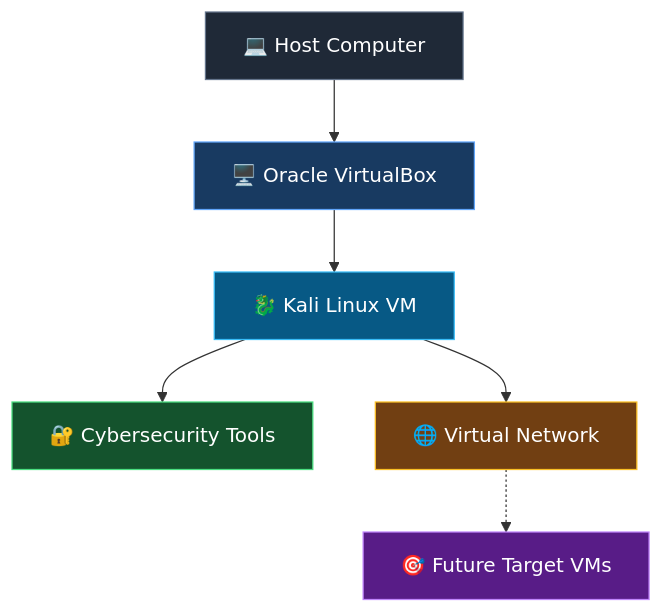
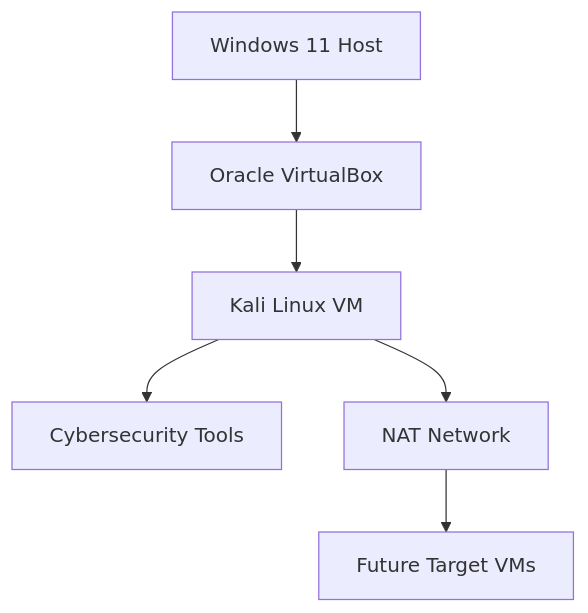
The diagram in README.md (infomuhammadtalha/NETWORKWALKS-B084I-WK1-CYBERSECURITY-LAB-SETUP), drawn with Mermaid before and after one commit. The commit also changed other lines of this file, not shown here.

````diff
--- a/README.md
+++ b/README.md
@@ -59,15 +59,8 @@
 ```mermaid
-flowchart TD
-    A["💻 Host Computer"] --> B["🖥️ Oracle VirtualBox"]
-    B --> C["🐉 Kali Linux VM"]
-    C --> D["🔐 Cybersecurity Tools"]
-    C --> E["🌐 Virtual Network"]
-    E -.-> F["🎯 Future Target VMs"]
-    
-    style A fill:#1f2937,color:#ffffff,stroke:#64748b
-    style B fill:#183a61,color:#ffffff,stroke:#60a5fa
-    style C fill:#075985,color:#ffffff,stroke:#38bdf8
-    style D fill:#14532d,color:#ffffff,stroke:#4ade80
-    style E fill:#713f12,color:#ffffff,stroke:#fbbf24
-    style F fill:#581c87,color:#ffffff,stroke:#c084fc
+graph TD
+    A[Windows 11 Host] --> B[Oracle VirtualBox]
+    B --> C[Kali Linux VM]
+    C --> D[Cybersecurity Tools]
+    C --> E[NAT Network]
+    E --> F[Future Target VMs]
 ```
````
